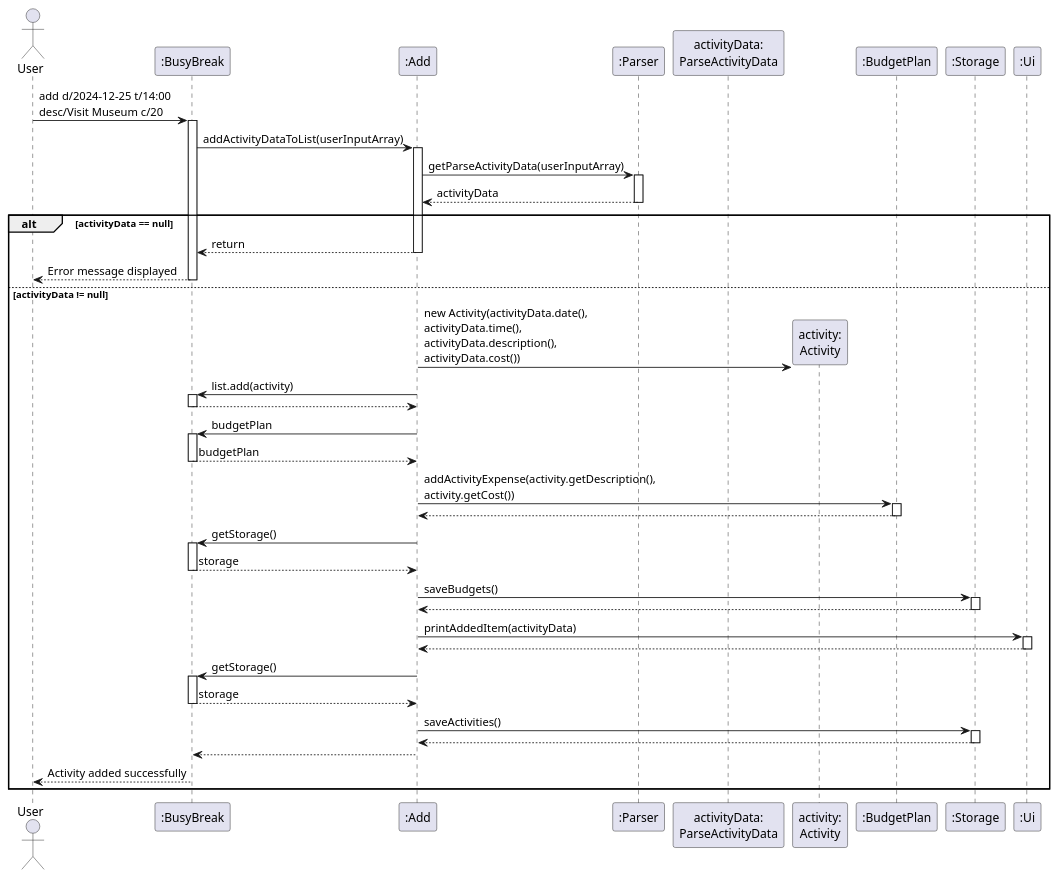
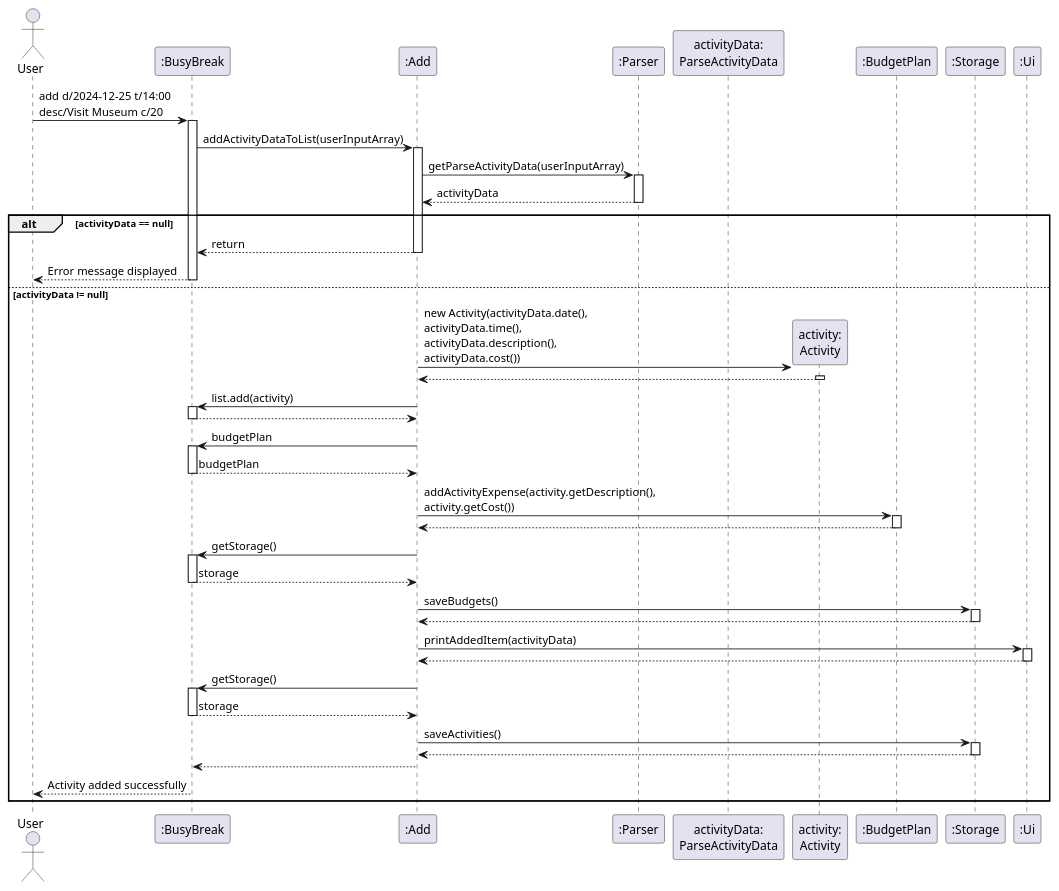
The diagram in docs/diagrams/AddCommandSequenceDiagram.puml (AY2526S1-CS2113-W13-4/tp), drawn with PlantUML before and after one commit. The commit also changed 1 other file, not shown here.

Commit message:
Edit sequence diagram

```diff
--- a/docs/diagrams/AddCommandSequenceDiagram.puml
+++ b/docs/diagrams/AddCommandSequenceDiagram.puml
@@ -1,81 +1,85 @@
 @startuml AddCommandSequenceDiagram
 
 actor User
 participant ":BusyBreak" as BusyBreak
 participant ":Add" as Add
 participant ":Parser" as Parser
 participant "activityData:\nParseActivityData" as ParseData
 participant "activity:\nActivity" as Activity
 participant ":BudgetPlan" as Budget
 participant ":Storage" as Storage
 participant ":Ui" as Ui
+
 
 User -> BusyBreak: add d/2024-12-25 t/14:00\ndesc/Visit Museum c/20
 activate BusyBreak
 
 BusyBreak -> Add: addActivityDataToList(userInputArray)
 activate Add
 
 Add -> Parser: getParseActivityData(userInputArray)
 activate Parser
 
 Parser --> Add: activityData
 deactivate Parser
 
 alt activityData == null
     Add --> BusyBreak: return
     deactivate Add
     BusyBreak --> User: Error message displayed
     deactivate BusyBreak
 else activityData != null
 
     Add -> Activity**: new Activity(activityData.date(),\nactivityData.time(),\nactivityData.description(),\nactivityData.cost())
+    activate Activity
+    Activity --> Add
+    deactivate Activity
 
     Add -> BusyBreak: list.add(activity)
     activate BusyBreak
     BusyBreak --> Add
     deactivate BusyBreak
 
     Add -> BusyBreak: budgetPlan
     activate BusyBreak
     BusyBreak --> Add: budgetPlan
     deactivate BusyBreak
 
     Add -> Budget: addActivityExpense(activity.getDescription(),\nactivity.getCost())
     activate Budget
     Budget --> Add
     deactivate Budget
 
     Add -> BusyBreak: getStorage()
     activate BusyBreak
     BusyBreak --> Add: storage
     deactivate BusyBreak
 
     Add -> Storage: saveBudgets()
     activate Storage
     Storage --> Add
     deactivate Storage
 
     Add -> Ui: printAddedItem(activityData)
     activate Ui
     Ui --> Add
     deactivate Ui
 
     Add -> BusyBreak: getStorage()
     activate BusyBreak
     BusyBreak --> Add: storage
     deactivate BusyBreak
 
     Add -> Storage: saveActivities()
     activate Storage
     Storage --> Add
     deactivate Storage
 
     Add --> BusyBreak
     deactivate Add
 
     BusyBreak --> User: Activity added successfully
     deactivate BusyBreak
 end
 
 @enduml
```
